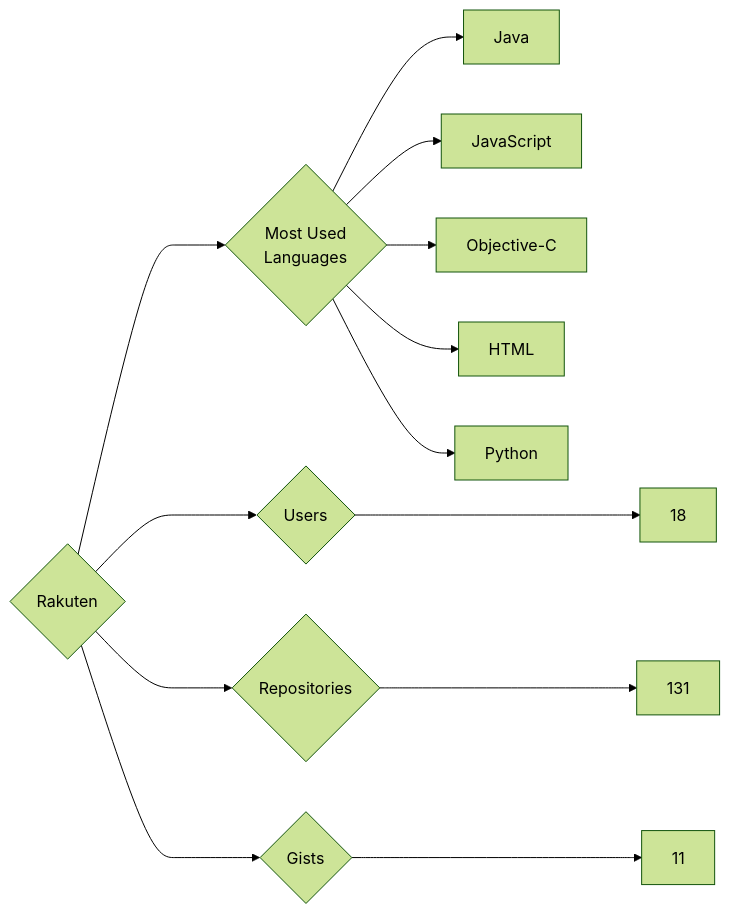
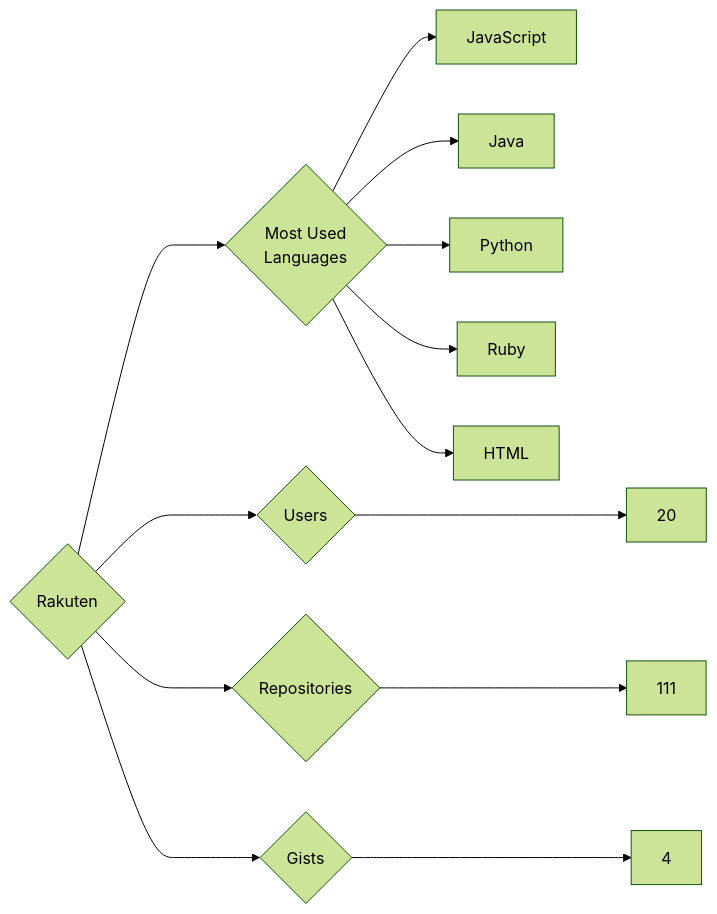
The diagram in targets/Rakuten/README.md (trickest/insiders), drawn with Mermaid (forest theme) before and after one commit. The commit also changed 920 other files, not shown here.

````diff
--- a/targets/Rakuten/README.md
+++ b/targets/Rakuten/README.md
@@ -3,13 +3,13 @@
 ```mermaid
 graph LR
 COMPANY_NAME{Rakuten}
-COMPANY_NAME ---> U{Users} ---> UN[18]
-COMPANY_NAME ---> R{Repositories} ---> RN[131]
-COMPANY_NAME ---> G{Gists} ---> GN[11]
+COMPANY_NAME ---> U{Users} ---> UN[20]
+COMPANY_NAME ---> R{Repositories} ---> RN[111]
+COMPANY_NAME ---> G{Gists} ---> GN[4]
 COMPANY_NAME ---> ML{Most Used<br>Languages}
+ML --> JavaScript[JavaScript]
 ML --> Java[Java]
-ML --> JavaScript[JavaScript]
-ML --> Objective-C[Objective-C]
+ML --> Python[Python]
+ML --> Ruby[Ruby]
 ML --> HTML[HTML]
-ML --> Python[Python]
 ```
````
